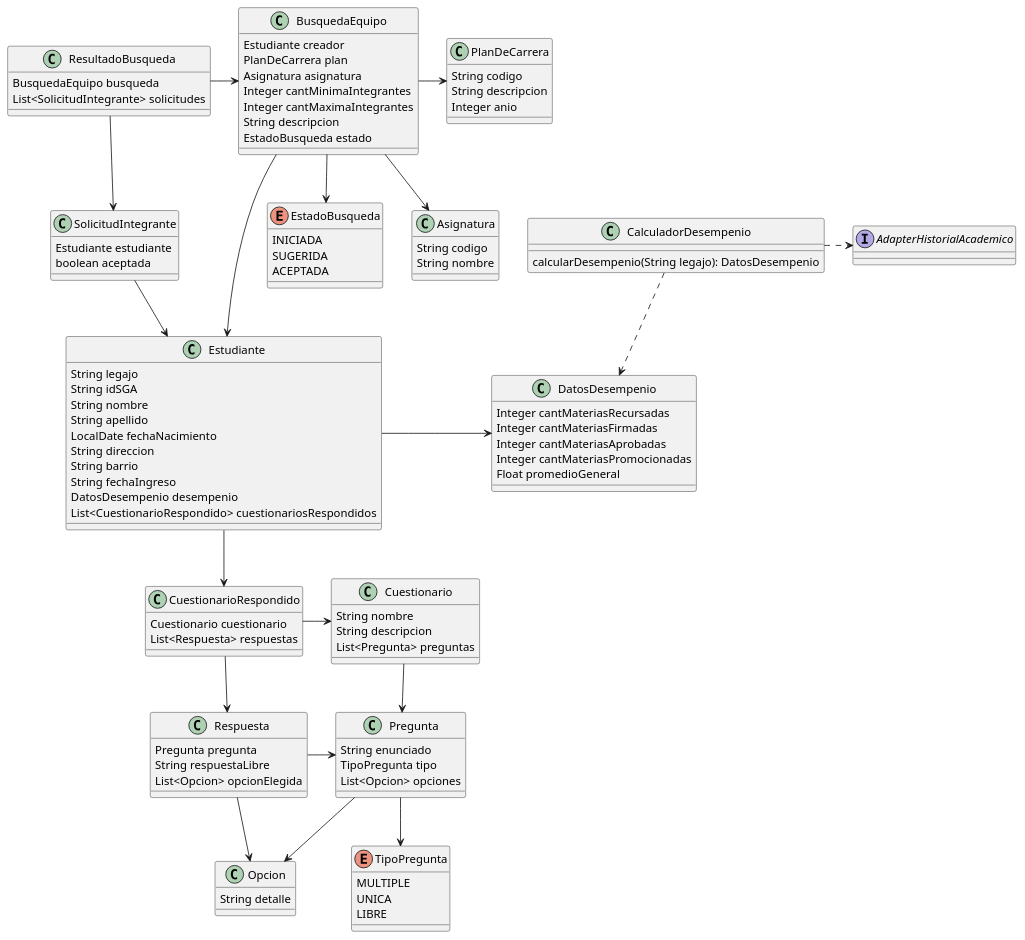
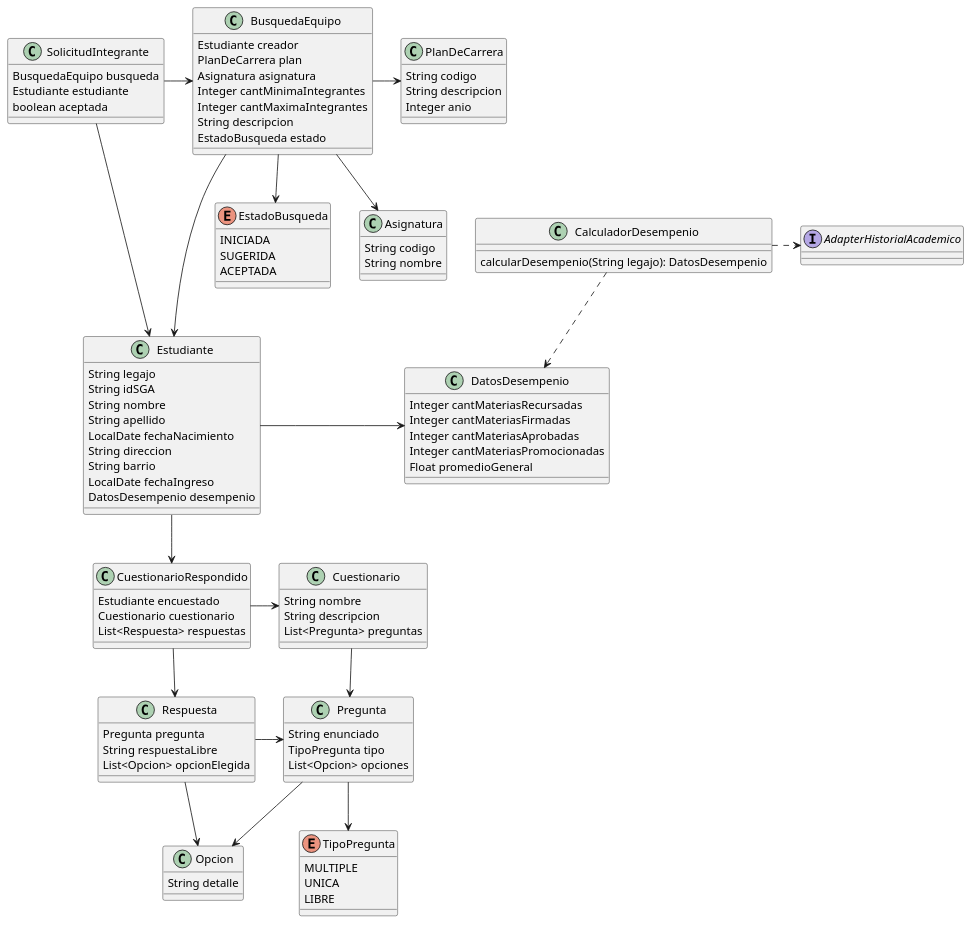
One commit to ArielSurco/dds.finales changed the diagram in [16-12-23] - EquiApp/Diagrama de clases.puml. Above: the diagram before and after it, drawn with PlantUML. The commit also changed 4 other files, not shown here.

```diff
--- a/[16-12-23] - EquiApp/Diagrama de clases.puml
+++ b/[16-12-23] - EquiApp/Diagrama de clases.puml
@@ -1,125 +1,120 @@
 @startuml
 'https://plantuml.com/class-diagram
 
 class Estudiante {
     String legajo
     String idSGA
     String nombre
     String apellido
     LocalDate fechaNacimiento
     String direccion
     String barrio
-    String fechaIngreso
+    LocalDate fechaIngreso
     DatosDesempenio desempenio
-    List<CuestionarioRespondido> cuestionariosRespondidos
 }
 
 Estudiante -> DatosDesempenio
 
 class DatosDesempenio {
     Integer cantMateriasRecursadas
     Integer cantMateriasFirmadas
     Integer cantMateriasAprobadas
     Integer cantMateriasPromocionadas
     Float promedioGeneral
 }
 
 class CalculadorDesempenio {
     calcularDesempenio(String legajo): DatosDesempenio
 }
 
 interface AdapterHistorialAcademico
 
 CalculadorDesempenio .> AdapterHistorialAcademico
 CalculadorDesempenio ..> DatosDesempenio
 
 class CuestionarioRespondido {
+    Estudiante encuestado
     Cuestionario cuestionario
     List<Respuesta> respuestas
 }
 
 class Respuesta {
     Pregunta pregunta
     String respuestaLibre
     List<Opcion> opcionElegida
 }
 
 Estudiante --> CuestionarioRespondido
 CuestionarioRespondido -> Cuestionario
 CuestionarioRespondido --> Respuesta
 Respuesta -> Pregunta
 Respuesta --> Opcion
 
 class Cuestionario {
     String nombre
     String descripcion
     List<Pregunta> preguntas
 }
 
 enum TipoPregunta {
     MULTIPLE
     UNICA
     LIBRE
 }
 
 class Pregunta {
     String enunciado
     TipoPregunta tipo
     List<Opcion> opciones
 }
 
 class Opcion {
     String detalle
 }
 
 Cuestionario -> Pregunta
 Pregunta -> Opcion
 Pregunta --> TipoPregunta
 
 class BusquedaEquipo {
     Estudiante creador
     PlanDeCarrera plan
     Asignatura asignatura
     Integer cantMinimaIntegrantes
     Integer cantMaximaIntegrantes
     String descripcion
     EstadoBusqueda estado
 }
 
 enum EstadoBusqueda {
     INICIADA
     SUGERIDA
     ACEPTADA
 }
 
 class PlanDeCarrera {
     String codigo
     String descripcion
     Integer anio
 }
 
 class Asignatura {
     String codigo
     String nombre
 }
 
 BusquedaEquipo -> PlanDeCarrera
 BusquedaEquipo --> Asignatura
 BusquedaEquipo ---> Estudiante
 BusquedaEquipo --> EstadoBusqueda
 
-class ResultadoBusqueda {
+class SolicitudIntegrante {
     BusquedaEquipo busqueda
-    List<SolicitudIntegrante> solicitudes
-}
-
-class SolicitudIntegrante {
     Estudiante estudiante
     boolean aceptada
 }
 
 SolicitudIntegrante --> Estudiante
-ResultadoBusqueda --> SolicitudIntegrante
-ResultadoBusqueda -> BusquedaEquipo
+SolicitudIntegrante -> BusquedaEquipo
 
 @enduml
```
